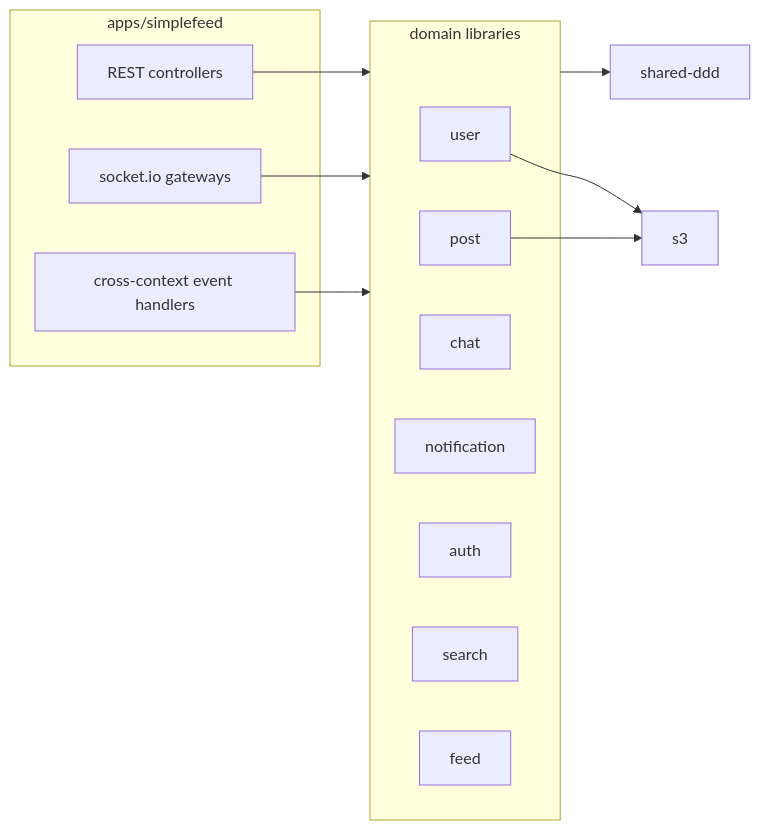
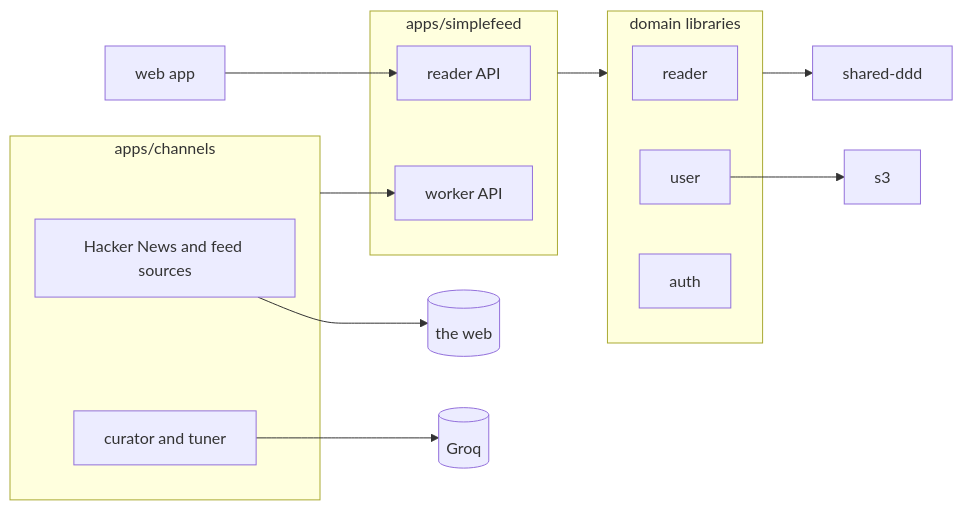
One commit to edgarmueller/simplefeed-backend changed the diagram in README.md. Above: the diagram before and after it, drawn with Mermaid. The commit also changed other lines of this file and 207 other files, not shown here.

First line of the commit message:
Turn simplefeed into a reader: channels, items and per-reader subscriptions

````diff
--- a/README.md
+++ b/README.md
@@ -19,28 +18,29 @@
 ```mermaid
 flowchart LR
-  subgraph app [apps/simplefeed]
-    http[REST controllers]
-    ws[socket.io gateways]
-    handlers[cross-context event handlers]
+  subgraph api [apps/simplefeed]
+    reader_api[reader API]
+    worker_api[worker API]
+  end
+
+  subgraph worker [apps/channels]
+    sources[Hacker News and feed sources]
+    curator[curator and tuner]
   end
 
   subgraph domain [domain libraries]
+    reader
     user
-    post
-    chat
-    notification
     auth
-    search
-    feed
   end
 
   shared[shared-ddd]
   s3
 
-  http --> domain
-  ws --> domain
-  handlers --> domain
+  web[web app] --> reader_api
+  worker --> worker_api
+  sources --> web_sources[(the web)]
+  curator --> groq[(Groq)]
+  api --> domain
   domain --> shared
   user --> s3
-  post --> s3
 ```
````
